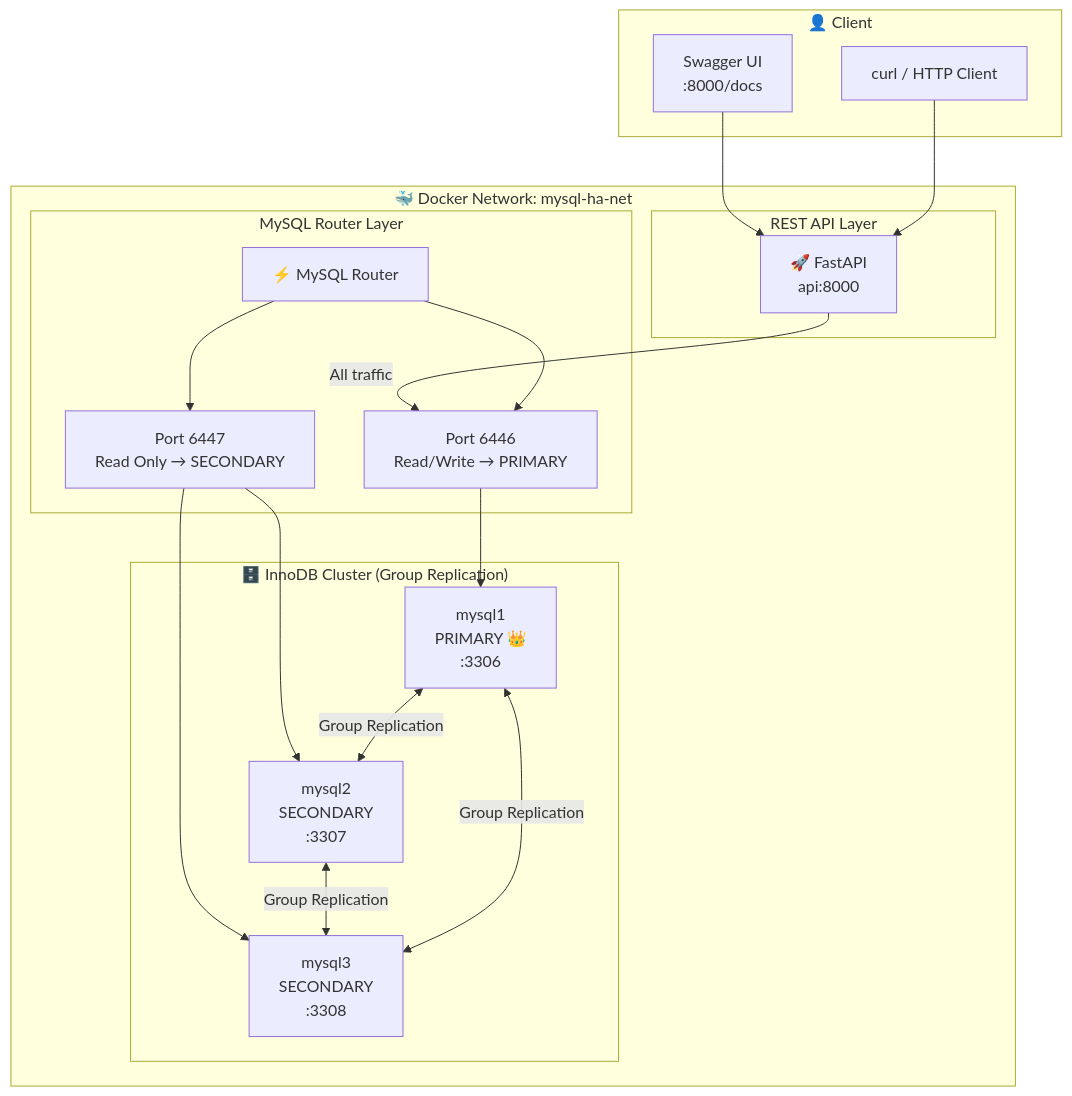
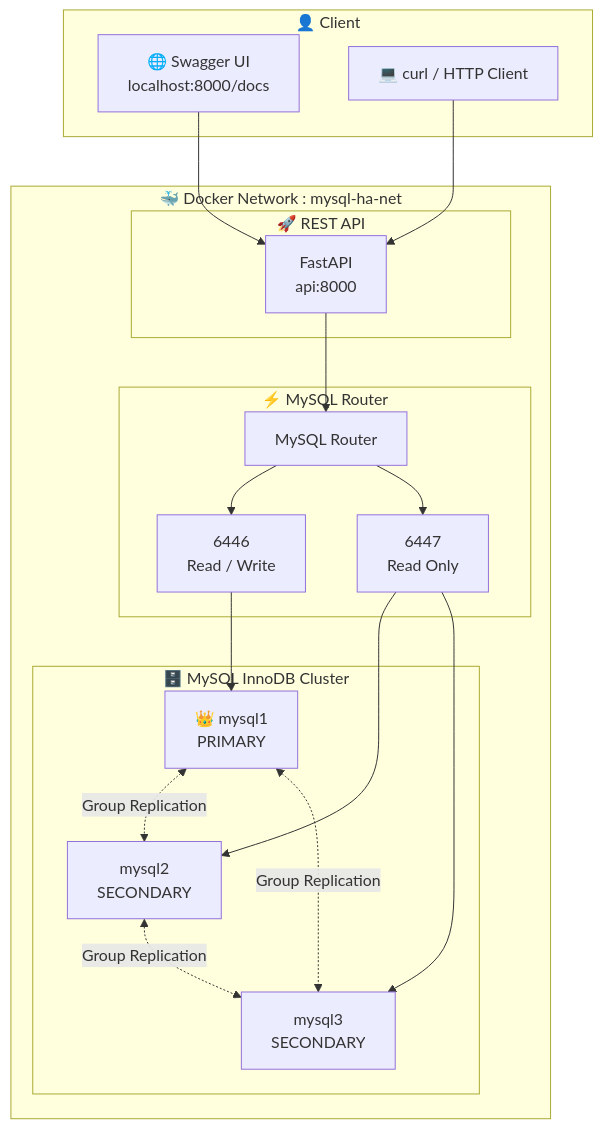
Before and after one commit to krisnadwiki/mysql-ha-lab: the diagram in README.md, drawn with Mermaid.

Commit message:
update architecture diagram

````diff
--- a/README.md
+++ b/README.md
@@ -29,37 +28,75 @@
 ```mermaid
-graph TB
-    subgraph Client["👤 Client"]
-        SW[Swagger UI<br/>:8000/docs]
-        CURL[curl / HTTP Client]
-    end
+flowchart TB
 
-    subgraph Docker["🐳 Docker Network: mysql-ha-net"]
-        subgraph APILayer["REST API Layer"]
-            FASTAPI[🚀 FastAPI<br/>api:8000]
-        end
+%% ==========================
+%% CLIENT
+%% ==========================
+subgraph CLIENT["👤 Client"]
+    SW["🌐 Swagger UI<br/>localhost:8000/docs"]
+    CURL["💻 curl / HTTP Client"]
+end
 
-        subgraph RouterLayer["MySQL Router Layer"]
-            MR[⚡ MySQL Router]
-            RW["Port 6446<br/>Read/Write → PRIMARY"]
-            RO["Port 6447<br/>Read Only → SECONDARY"]
-        end
+%% ==========================
+%% DOCKER NETWORK
+%% ==========================
+subgraph DOCKER["🐳 Docker Network : mysql-ha-net"]
 
-        subgraph ClusterLayer["🗄️ InnoDB Cluster (Group Replication)"]
-            M1["mysql1<br/>PRIMARY 👑<br/>:3306"]
-            M2["mysql2<br/>SECONDARY<br/>:3307"]
-            M3["mysql3<br/>SECONDARY<br/>:3308"]
-        end
-    end
+%% API
+subgraph API["🚀 REST API"]
+    FASTAPI["FastAPI<br/>api:8000"]
+end
 
-    SW --> FASTAPI
-    CURL --> FASTAPI
-    FASTAPI -->|"All traffic"| RW
-    MR --> RW
-    MR --> RO
-    RW --> M1
-    RO --> M2
-    RO --> M3
-    M1 <-->|"Group Replication"| M2
-    M2 <-->|"Group Replication"| M3
-    M1 <-->|"Group Replication"| M3
+%% Router
+subgraph ROUTER["⚡ MySQL Router"]
+    MYSQLROUTER["MySQL Router"]
+
+    RW["6446<br/>Read / Write"]
+
+    RO["6447<br/>Read Only"]
+end
+
+%% Cluster
+subgraph CLUSTER["🗄️ MySQL InnoDB Cluster"]
+
+    PRIMARY["👑 mysql1<br/>PRIMARY"]
+
+    SECONDARY1["mysql2<br/>SECONDARY"]
+
+    SECONDARY2["mysql3<br/>SECONDARY"]
+
+end
+
+end
+
+%% ==========================
+%% Client Flow
+%% ==========================
+SW --> FASTAPI
+CURL --> FASTAPI
+
+%% ==========================
+%% API
+%% ==========================
+FASTAPI --> MYSQLROUTER
+
+%% ==========================
+%% Router
+%% ==========================
+MYSQLROUTER --> RW
+MYSQLROUTER --> RO
+
+%% ==========================
+%% Database
+%% ==========================
+RW --> PRIMARY
+
+RO --> SECONDARY1
+RO --> SECONDARY2
+
+%% ==========================
+%% Group Replication
+%% ==========================
+PRIMARY <-. Group Replication .-> SECONDARY1
+PRIMARY <-. Group Replication .-> SECONDARY2
+SECONDARY1 <-. Group Replication .-> SECONDARY2
 ```
````
